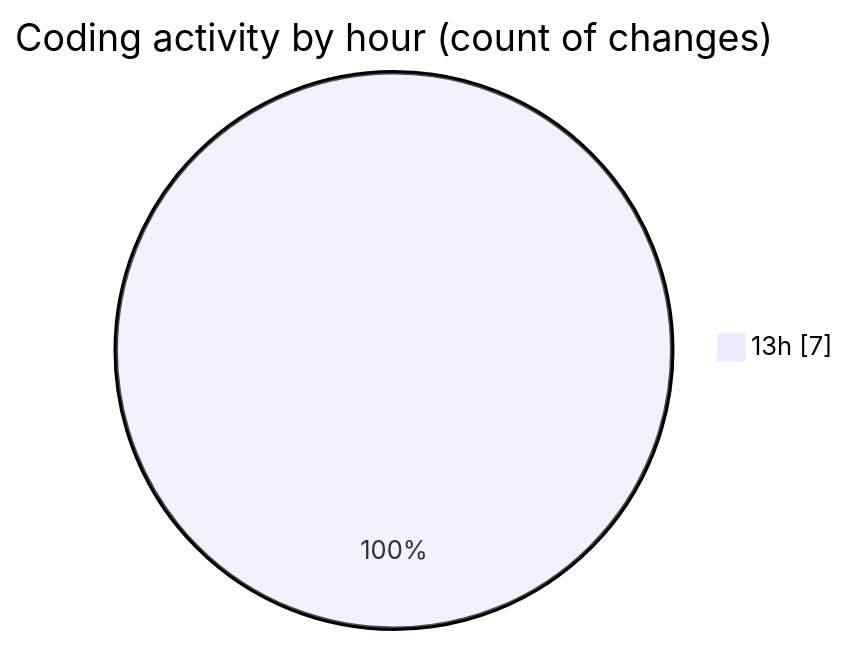
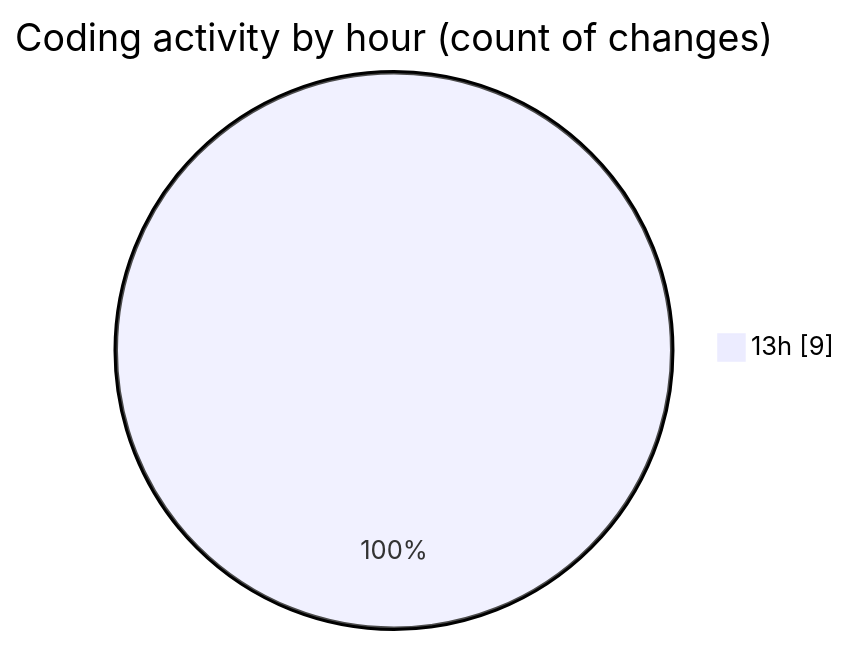
Before and after one commit to Unknowalive/code-tracking: the second of 2 diagrams in 2026-04-11/scripting_workshop/README.md, drawn with Mermaid. The commit also changed other lines of this file and 1 other file, not shown here.

````diff
--- a/2026-04-11/scripting_workshop/README.md
+++ b/2026-04-11/scripting_workshop/README.md
@@ -38,5 +40,5 @@
 ```mermaid
 pie showData
 title Coding activity by hour (count of changes)
-"13h" : 7
+"13h" : 9
 ```
````
